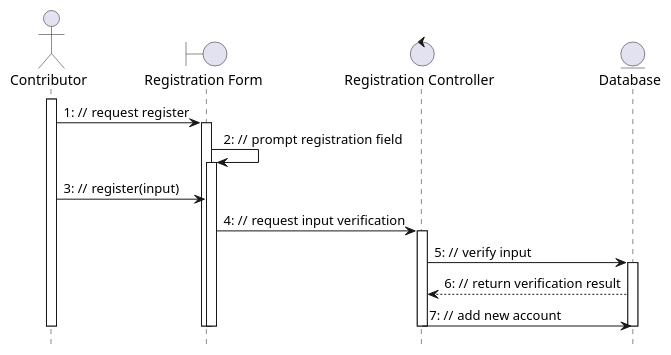
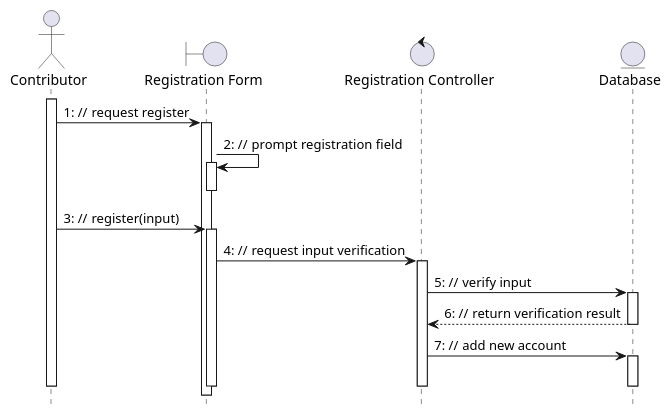
One commit to McSinyx/ipppi changed the first of 4 diagrams in source/solution/use-case-analysis.rst. Above: the diagram before and after it, drawn with PlantUML. The commit also changed other lines of this file, not shown here.

Commit message:
Nitpick some UML diagrams

```diff
--- a/source/solution/use-case-analysis.rst
+++ b/source/solution/use-case-analysis.rst
@@ -13,30 +13,26 @@
 .. uml::
    
    autonumber "#: //"
+   autoactivate on
    hide footbox
    
    actor Contributor
    boundary "Registration Form" as RF
    control "Registration Controller" as RC
    entity Database
 
    activate Contributor
    Contributor -> RF : request register
+   RF -> RF : prompt registration field
+   deactivate RF
 
-   activate RF
-   RF -> RF : prompt registration field
-   activate RF
    Contributor -> RF : register(input)
+   RF -> RC : request input verification
+   RC -> Database : verify input
+   Database --> RC : return verification result
 
-   RF -> RC : request input verification
-   activate RC
-   RC -> Database : verify input
-   activate Database
-   Database --> RC : return verification result
    RC -> Database : add new account 
    deactivate Database
    deactivate RC
-
-   deactivate RF
    deactivate RF
    deactivate Contributor
```
